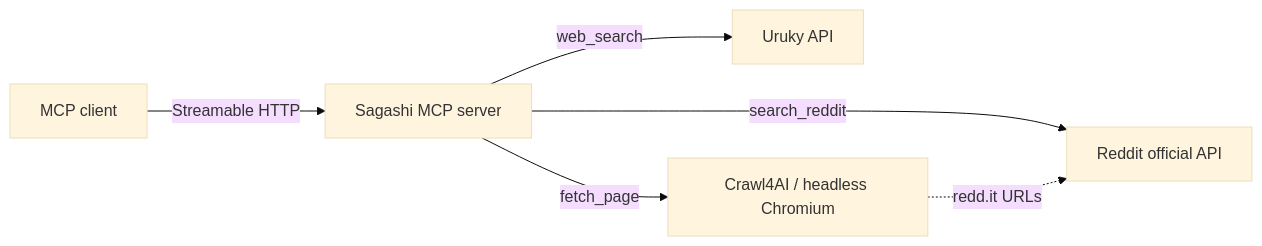
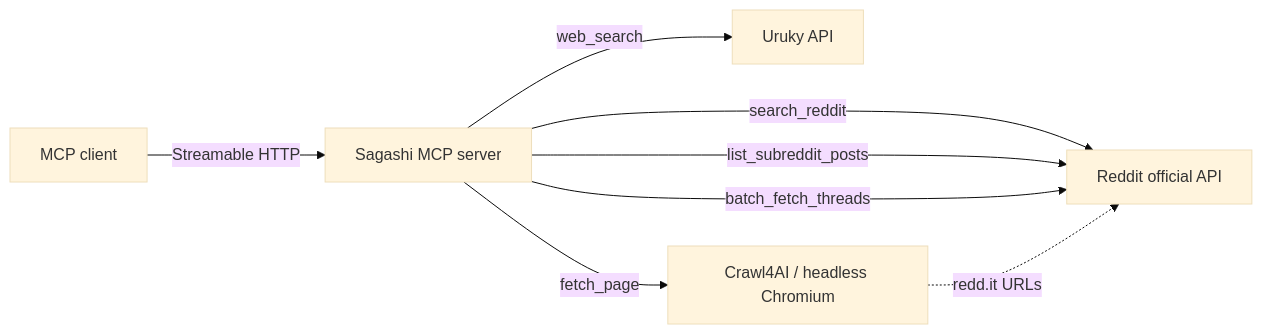
The diagram in README.md (divin/sagashi), drawn with Mermaid (base theme) before and after one commit. The commit also changed other lines of this file and 7 other files, not shown here.

First line of the commit message:
Add subreddit listing, scoped search, and batch thread fetch (v0.3.0)

````diff
--- a/README.md
+++ b/README.md
@@ -9,8 +9,10 @@
 ```mermaid
 flowchart LR
     A[MCP client] -->|Streamable HTTP| B[Sagashi MCP server]
     B -->|web_search| C[Uruky API]
     B -->|search_reddit| D[Reddit official API]
+    B -->|list_subreddit_posts| D
+    B -->|batch_fetch_threads| D
     B -->|fetch_page| E[Crawl4AI / headless Chromium]
     E -.->|"redd.it URLs"| D
 ```
````
